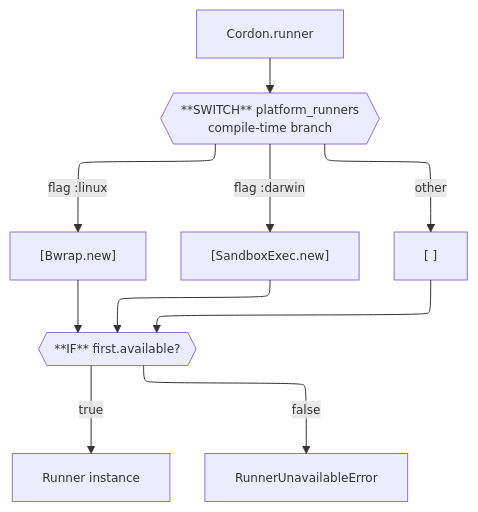
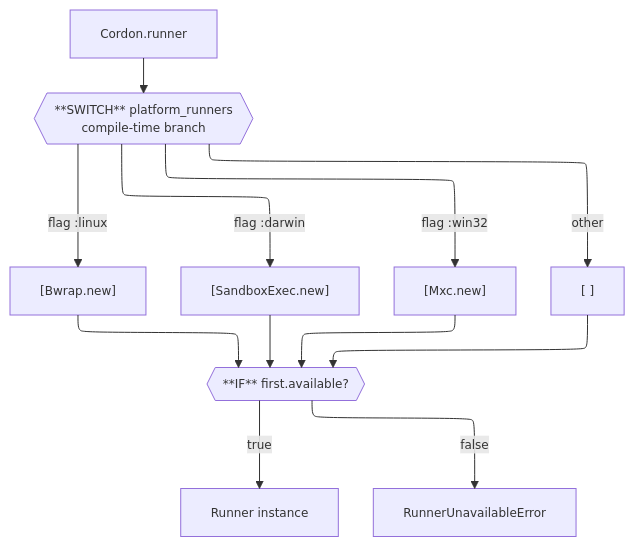
Before and after one commit to ModelArmy/cordon.cr: the fourth of 4 diagrams in DEVELOPMENT.md, drawn with Mermaid. The commit also changed other lines of this file and 19 other files, not shown here.

````diff
--- a/DEVELOPMENT.md
+++ b/DEVELOPMENT.md
@@ -350,19 +399,21 @@
 ```mermaid
 ---
 displayMode: compact
 config:
   layout: elk
   themeVariables:
     fontSize: 12px
 ---
 flowchart TD
     A["Cordon.runner"] --> B{{"**SWITCH** platform_runners\ncompile-time branch"}}
     B -->|"flag :linux"| C["[Bwrap.new]"]
     B -->|"flag :darwin"| D["[SandboxExec.new]"]
+    B -->|"flag :win32"| W["[Mxc.new]"]
     B -->|"other"| E["[ ]"]
     C --> F{{"**IF** first.available?"}}
     D --> F
+    W --> F
     E --> F
     F -->|"true"| G["Runner instance"]
     F -->|"false"| H["RunnerUnavailableError"]
 ```
````
